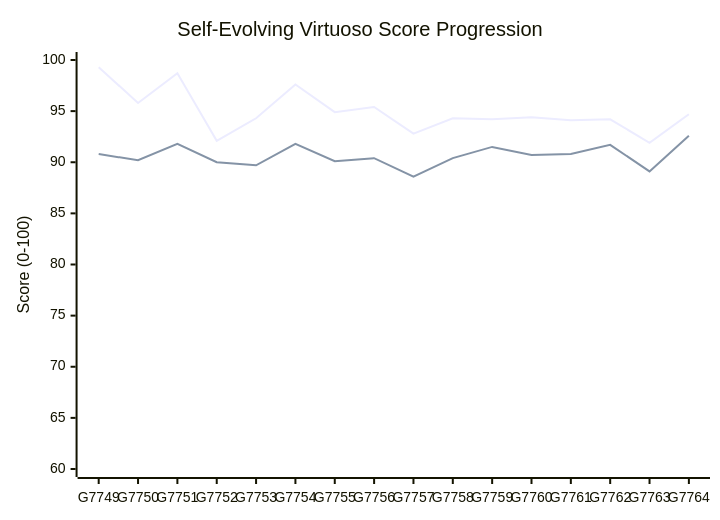
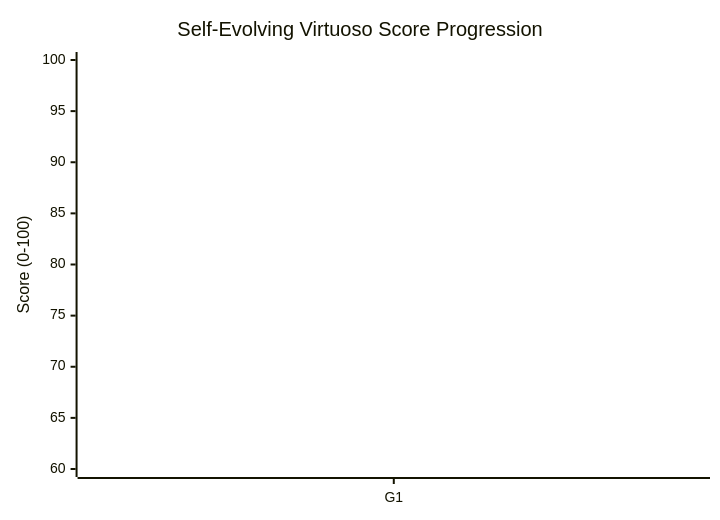
One commit to AI-Avalon/Disklavier-Auto changed the first of 2 diagrams in obsidian_vault/00_Dashboard/Evolution_Overview.md. Above: the diagram before and after it, drawn with Mermaid. The commit also changed other lines of this file and 20 other files, not shown here.

Commit message:
feat(step5): Complete FEATURES_100.md, Japanese README with Mermaid diagrams, and full studio test suite

````diff
--- a/obsidian_vault/00_Dashboard/Evolution_Overview.md
+++ b/obsidian_vault/00_Dashboard/Evolution_Overview.md
@@ -19,8 +19,8 @@
 ```mermaid
 xychart-beta
     title "Self-Evolving Virtuoso Score Progression"
-    x-axis [G7749, G7750, G7751, G7752, G7753, G7754, G7755, G7756, G7757, G7758, G7759, G7760, G7761, G7762, G7763, G7764]
+    x-axis [G1]
     y-axis "Score (0-100)" 60 --> 100
-    line [99.3, 95.8, 98.7, 92.1, 94.3, 97.6, 94.9, 95.4, 92.8, 94.3, 94.2, 94.4, 94.1, 94.2, 91.9, 94.7]
-    line [90.8, 90.2, 91.8, 90.0, 89.7, 91.8, 90.1, 90.4, 88.6, 90.4, 91.5, 90.7, 90.8, 91.7, 89.1, 92.6]
+    line [75.0]
+    line [72.0]
 ```
````
